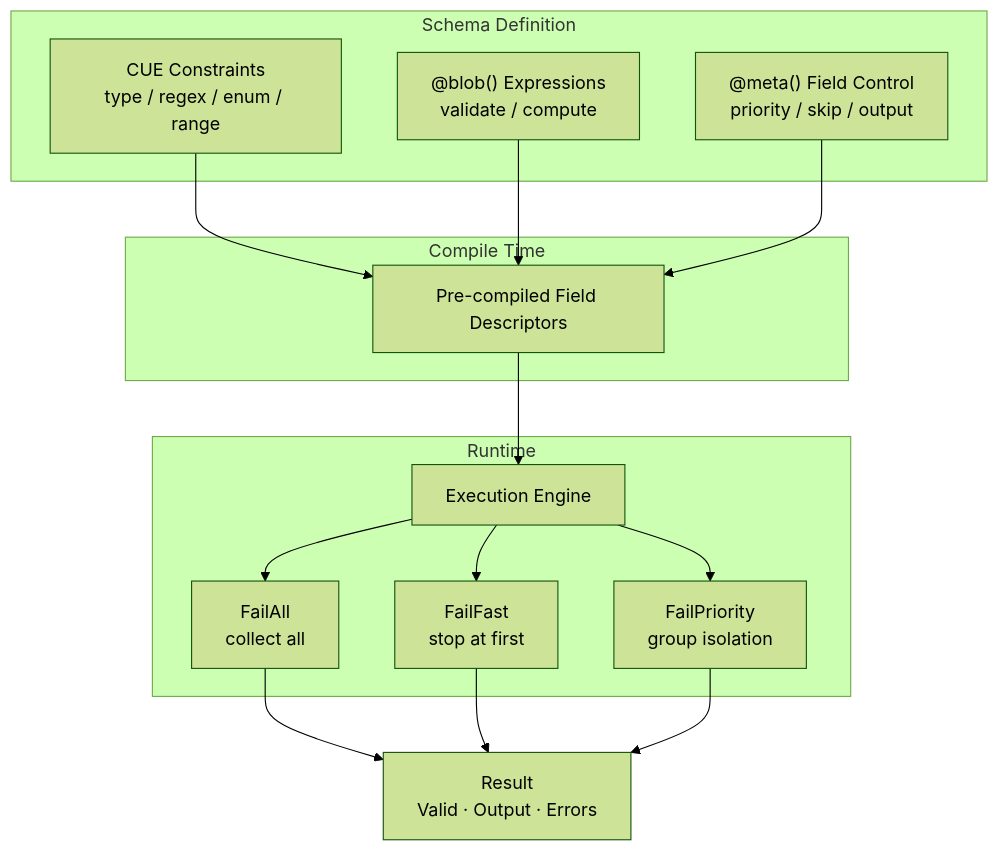
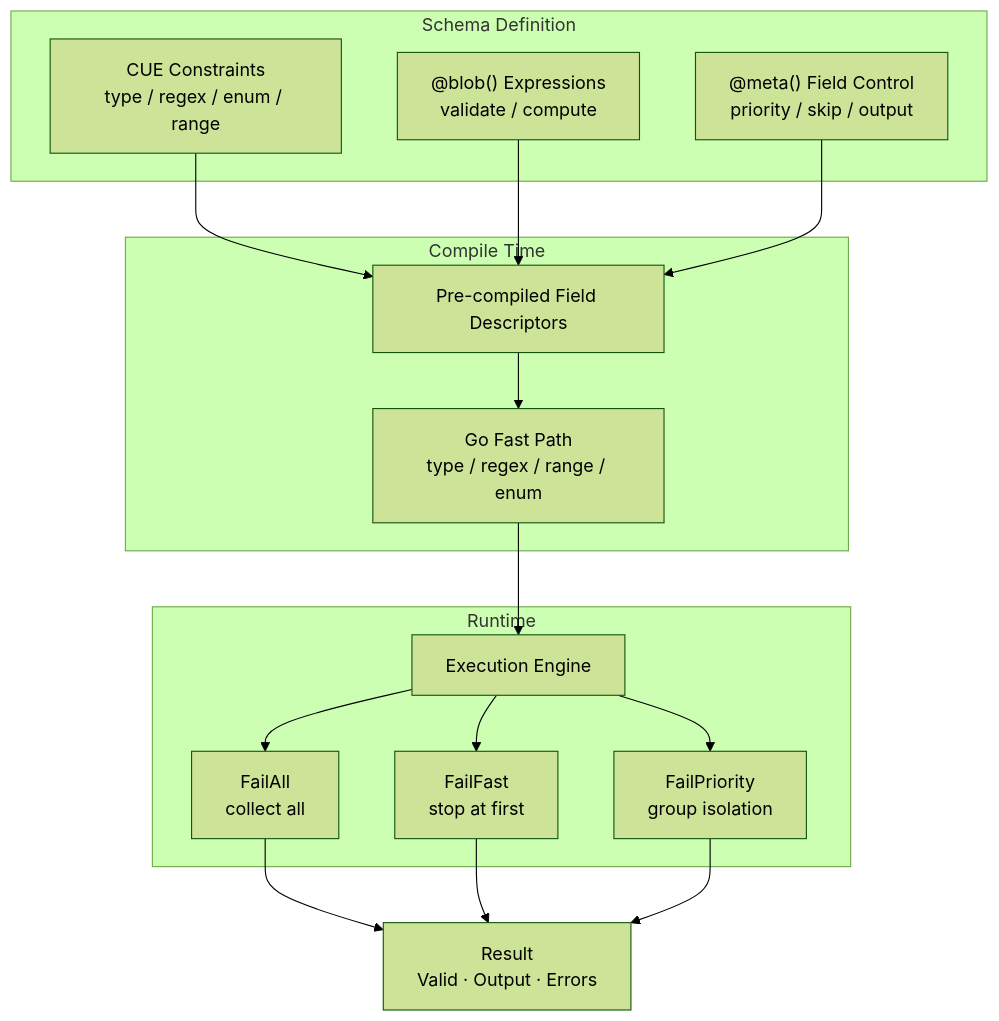
Before and after one commit to mredencom/schemix: the diagram in README.md, drawn with Mermaid (forest theme). The commit also changed other lines of this file and 2 other files, not shown here.

````diff
--- a/README.md
+++ b/README.md
@@ -20,21 +20,22 @@
 ```mermaid
 graph TD
     subgraph Schema Definition
         CUE[CUE Constraints<br/>type / regex / enum / range]
         BLOB["@blob() Expressions<br/>validate / compute"]
         META["@meta() Field Control<br/>priority / skip / output"]
     end
 
     subgraph Compile Time
         CUE & BLOB & META --> FD[Pre-compiled Field Descriptors]
+        FD --> FP[Go Fast Path<br/>type / regex / range / enum]
     end
 
     subgraph Runtime
-        FD --> ENGINE[Execution Engine]
+        FP --> ENGINE[Execution Engine]
         ENGINE --> FA[FailAll<br/>collect all]
         ENGINE --> FF[FailFast<br/>stop at first]
-        ENGINE --> FP[FailPriority<br/>group isolation]
+        ENGINE --> FPR[FailPriority<br/>group isolation]
     end
 
-    FA & FF & FP --> RESULT[Result<br/>Valid · Output · Errors]
+    FA & FF & FPR --> RESULT[Result<br/>Valid · Output · Errors]
 ```
````
